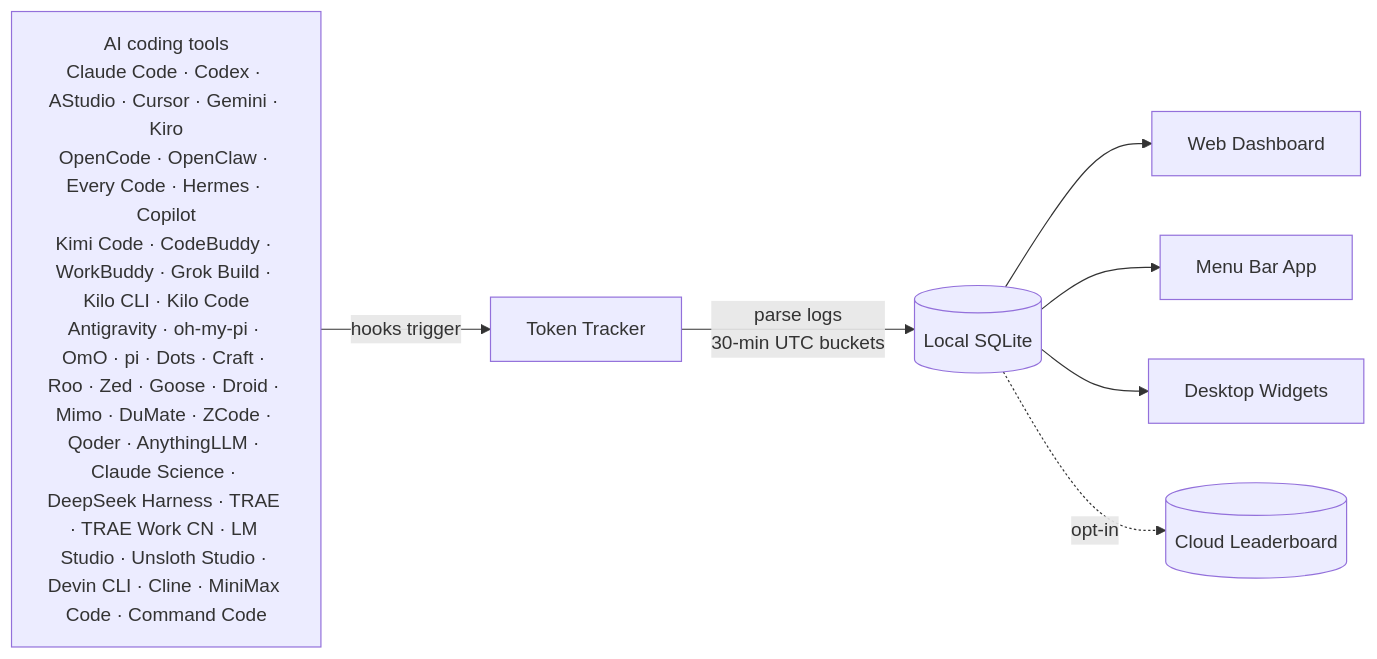
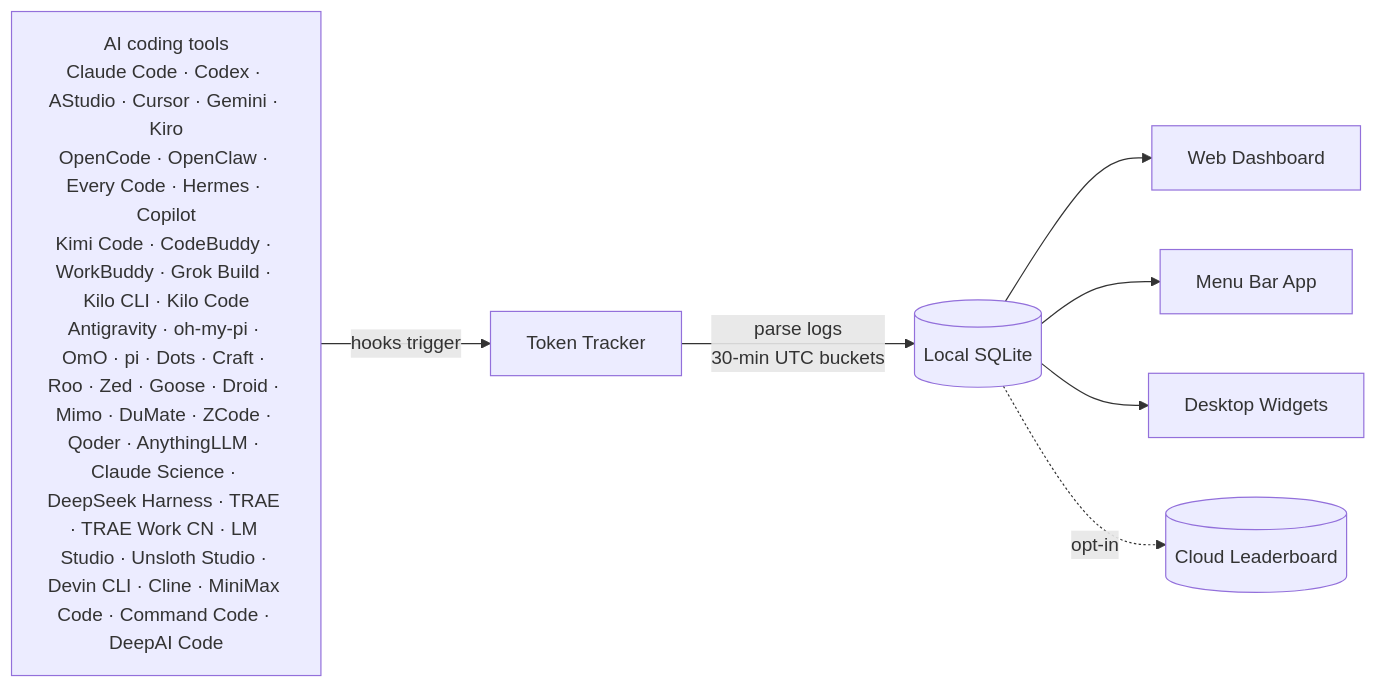
The diagram in README.md (xiufengsun/TokenTracker), drawn with Mermaid before and after one commit. The commit also changed other lines of this file and 14 other files, not shown here.

````diff
--- a/README.md
+++ b/README.md
@@ -330,10 +330,10 @@
 ```mermaid
 flowchart LR
-    A["AI coding tools<br/>Claude Code · Codex · AStudio · Cursor · Gemini · Kiro<br/>OpenCode · OpenClaw · Every Code · Hermes · Copilot<br/>Kimi Code · CodeBuddy · WorkBuddy · Grok Build · Kilo CLI · Kilo Code<br/>Antigravity · oh-my-pi · OmO · pi · Dots · Craft · Roo · Zed · Goose · Droid · Mimo · DuMate · ZCode · Qoder · AnythingLLM · Claude Science · DeepSeek Harness · TRAE · TRAE Work CN · LM Studio · Unsloth Studio · Devin CLI · Cline · MiniMax Code · Command Code"]
+    A["AI coding tools<br/>Claude Code · Codex · AStudio · Cursor · Gemini · Kiro<br/>OpenCode · OpenClaw · Every Code · Hermes · Copilot<br/>Kimi Code · CodeBuddy · WorkBuddy · Grok Build · Kilo CLI · Kilo Code<br/>Antigravity · oh-my-pi · OmO · pi · Dots · Craft · Roo · Zed · Goose · Droid · Mimo · DuMate · ZCode · Qoder · AnythingLLM · Claude Science · DeepSeek Harness · TRAE · TRAE Work CN · LM Studio · Unsloth Studio · Devin CLI · Cline · MiniMax Code · Command Code · DeepAI Code"]
     A -->|hooks trigger| B[Token Tracker]
     B -->|parse logs<br/>30-min UTC buckets| C[(Local SQLite)]
     C --> D[Web Dashboard]
     C --> E[Menu Bar App]
     C --> F[Desktop Widgets]
     C -.->|opt-in| G[(Cloud Leaderboard)]
 ```
````
